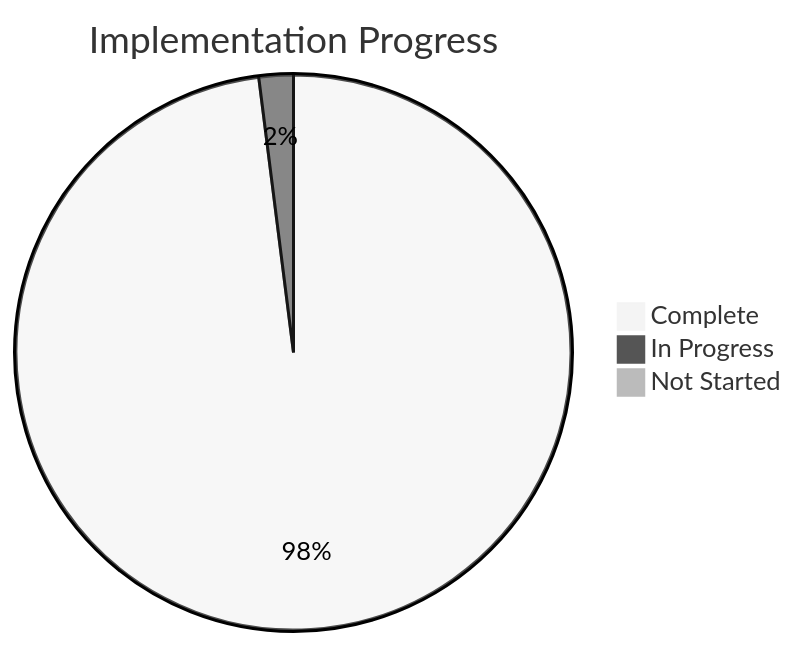
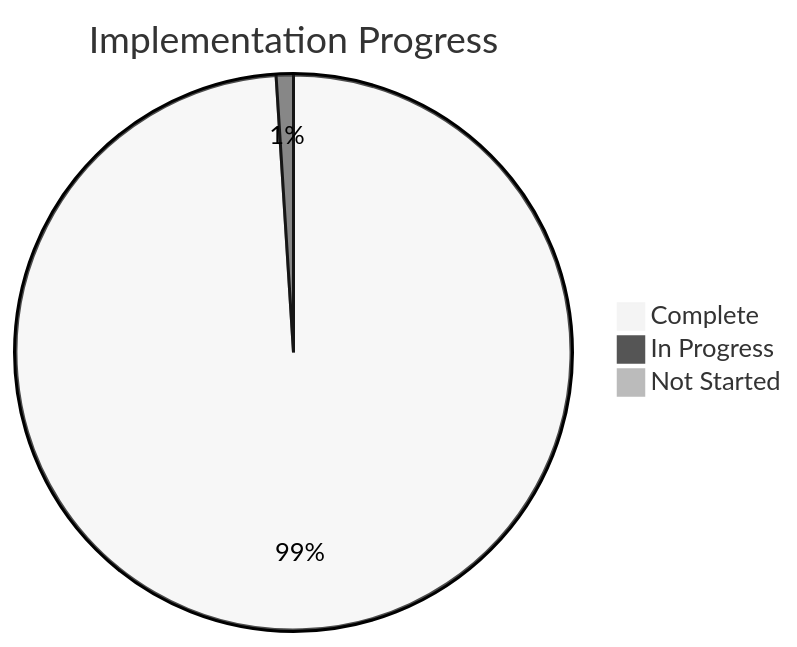
One commit to amo-tech-ai/mdeai changed the first of 2 diagrams in docs/tasks/00-progress-tracker.md. Above: the diagram before and after it, drawn with Mermaid (neutral theme). The commit also changed other lines of this file and 9 other files, not shown here.

````diff
--- a/docs/tasks/00-progress-tracker.md
+++ b/docs/tasks/00-progress-tracker.md
@@ -9,6 +9,6 @@
 ```mermaid
 pie title Implementation Progress
-    "Complete" : 98
-    "In Progress" : 2
+    "Complete" : 99
+    "In Progress" : 1
     "Not Started" : 0
 ```
````
